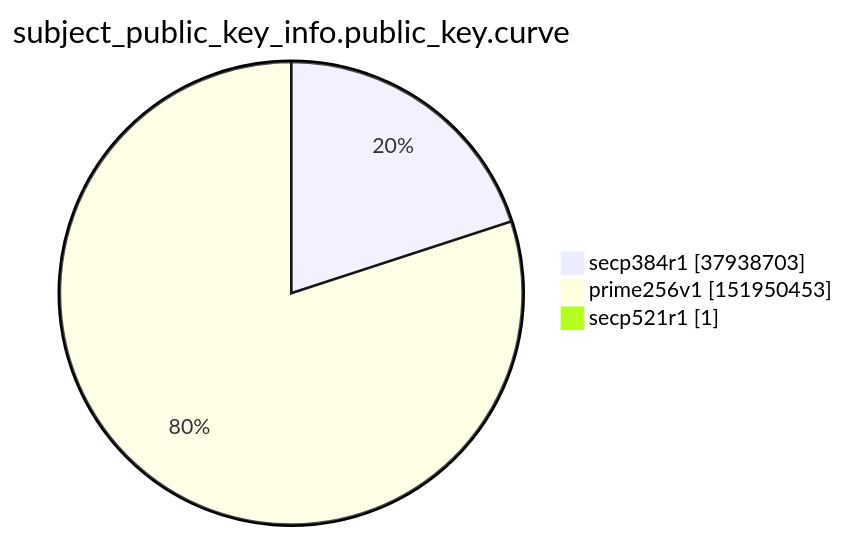
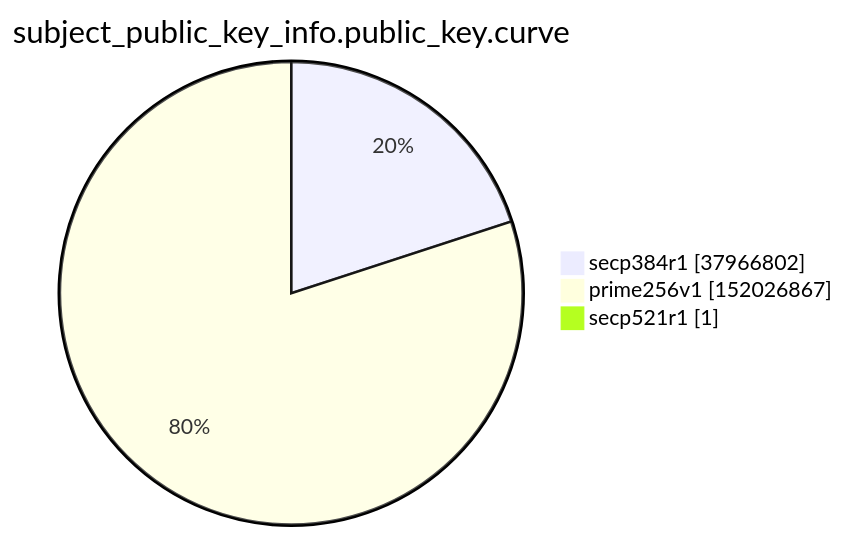
The ninth of 15 diagrams in xenon2022/README.md (christiankrug/ctmonitor_visualization), drawn with Mermaid before and after one commit. The commit also changed other lines of this file, not shown here.

````diff
--- a/xenon2022/README.md
+++ b/xenon2022/README.md
@@ -2860,7 +2860,7 @@
 ```mermaid
 pie showData
 title subject_public_key_info.public_key.curve
-"secp384r1" :37938703
-"prime256v1" :151950453
+"secp384r1" :37966802
+"prime256v1" :152026867
 "secp521r1" :1
 ```
````
